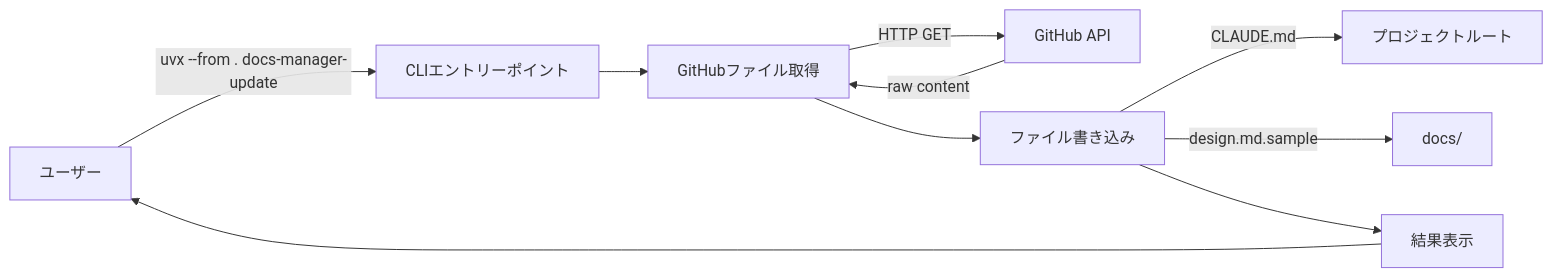
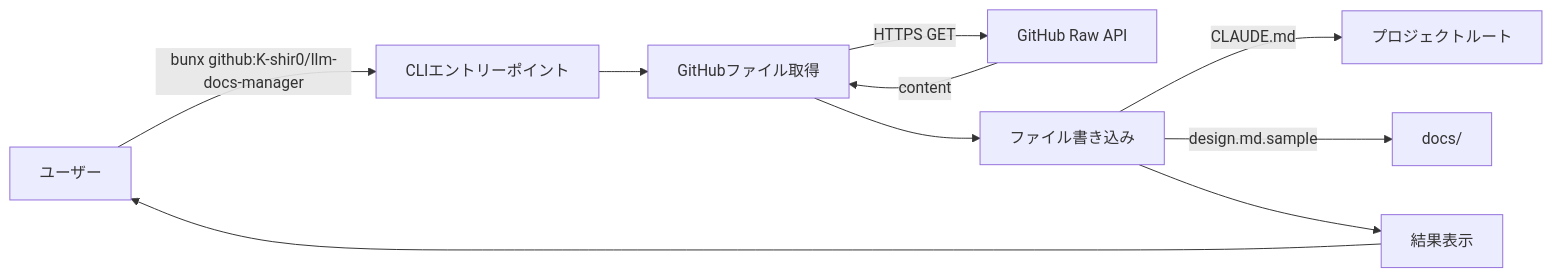
The first of 2 diagrams in docs/requirements/template-sync.md (K-shir0/llm-docs-manager), drawn with Mermaid before and after one commit. The commit also changed other lines of this file, not shown here.

````diff
--- a/docs/requirements/template-sync.md
+++ b/docs/requirements/template-sync.md
@@ -41,12 +45,12 @@
 ```mermaid
 graph LR
-    A[ユーザー] -->|uvx --from . docs-manager-update| B[CLIエントリーポイント]
+    A[ユーザー] -->|bunx github:K-shir0/llm-docs-manager| B[CLIエントリーポイント]
     B --> C[GitHubファイル取得]
-    C -->|HTTP GET| D[GitHub API]
-    D -->|raw content| C
+    C -->|HTTPS GET| D[GitHub Raw API]
+    D -->|content| C
     C --> E[ファイル書き込み]
     E -->|CLAUDE.md| F[プロジェクトルート]
     E -->|design.md.sample| G[docs/]
     E --> H[結果表示]
     H --> A
 ```
````
